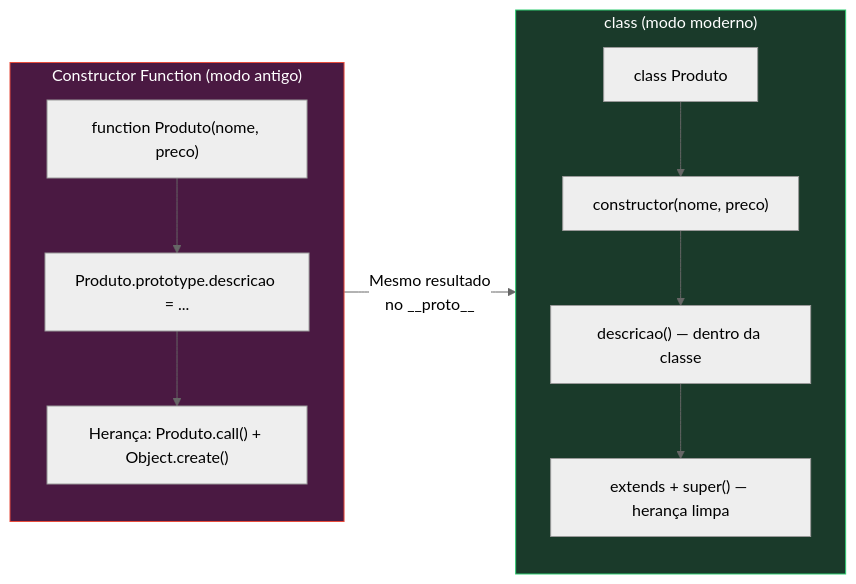
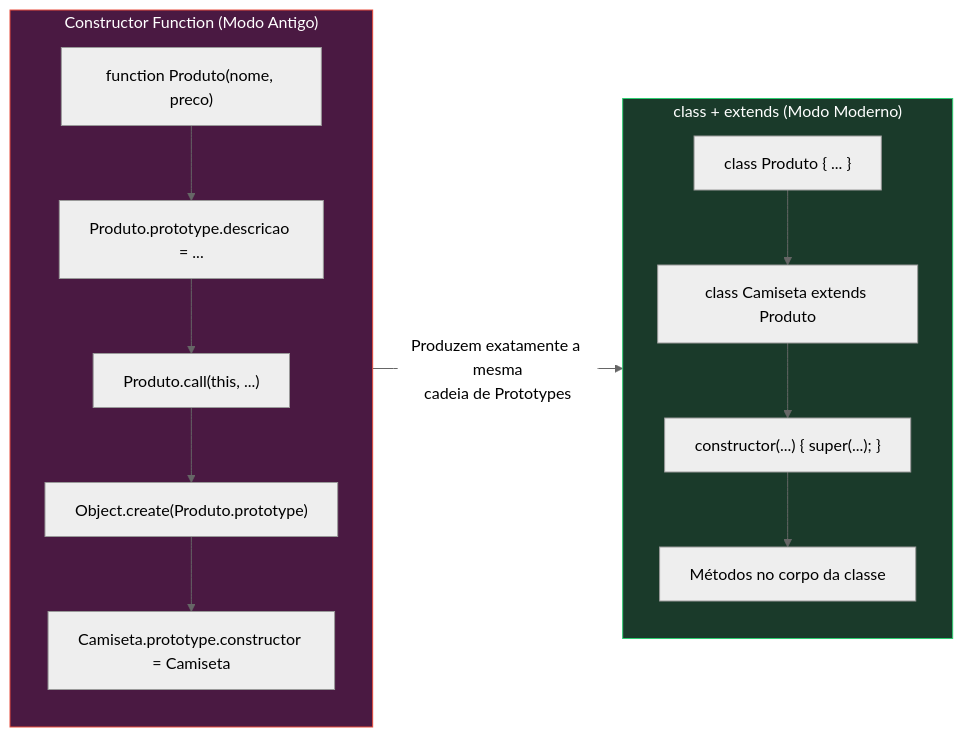
One commit to Leonardo-P-Monteiro/JS_STUDIES changed the first of 3 diagrams in POO em JS/1 - Classes/Classes em JavaScript.md. Above: the diagram before and after it, drawn with Mermaid (neutral theme). The commit also changed other lines of this file and 3 other files, not shown here.

````diff
--- a/POO em JS/1 - Classes/Classes em JavaScript.md
+++ b/POO em JS/1 - Classes/Classes em JavaScript.md
@@ -33,18 +49,20 @@
 ```mermaid
 flowchart LR
-    subgraph CF["Constructor Function (modo antigo)"]
+    subgraph CF["Constructor Function (Modo Antigo)"]
         A["function Produto(nome, preco)"] --> B["Produto.prototype.descricao = ..."]
-        B --> C["Herança: Produto.call() + Object.create()"]
+        B --> C["Produto.call(this, ...)"]
+        C --> D["Object.create(Produto.prototype)"]
+        D --> E["Camiseta.prototype.constructor = Camiseta"]
     end
 
-    subgraph CL["class (modo moderno)"]
-        D["class Produto"] --> E["constructor(nome, preco)"]
-        E --> F["descricao() — dentro da classe"]
-        F --> G["extends + super() — herança limpa"]
+    subgraph CL["class + extends (Modo Moderno)"]
+        F["class Produto { ... }"] --> G["class Camiseta extends Produto"]
+        G --> H["constructor(...) { super(...); }"]
+        H --> I["Métodos no corpo da classe"]
     end
 
-    CF -- "Mesmo resultado\nno __proto__" --> CL
+    CF -- "Produzem exatamente a mesma\ncadeia de Prototypes" --> CL
 
     style CF fill:#4a1942,stroke:#e74c3c,color:#fff
     style CL fill:#1a3a2a,stroke:#2ecc71,color:#fff
 ```
````
